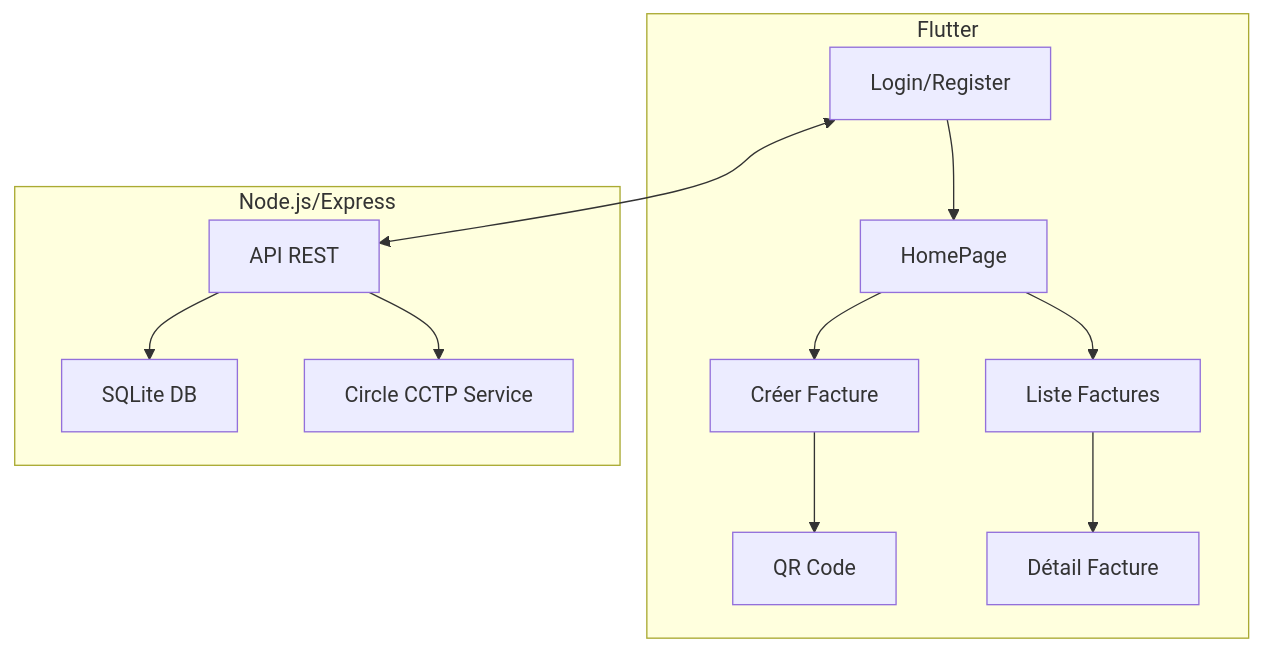
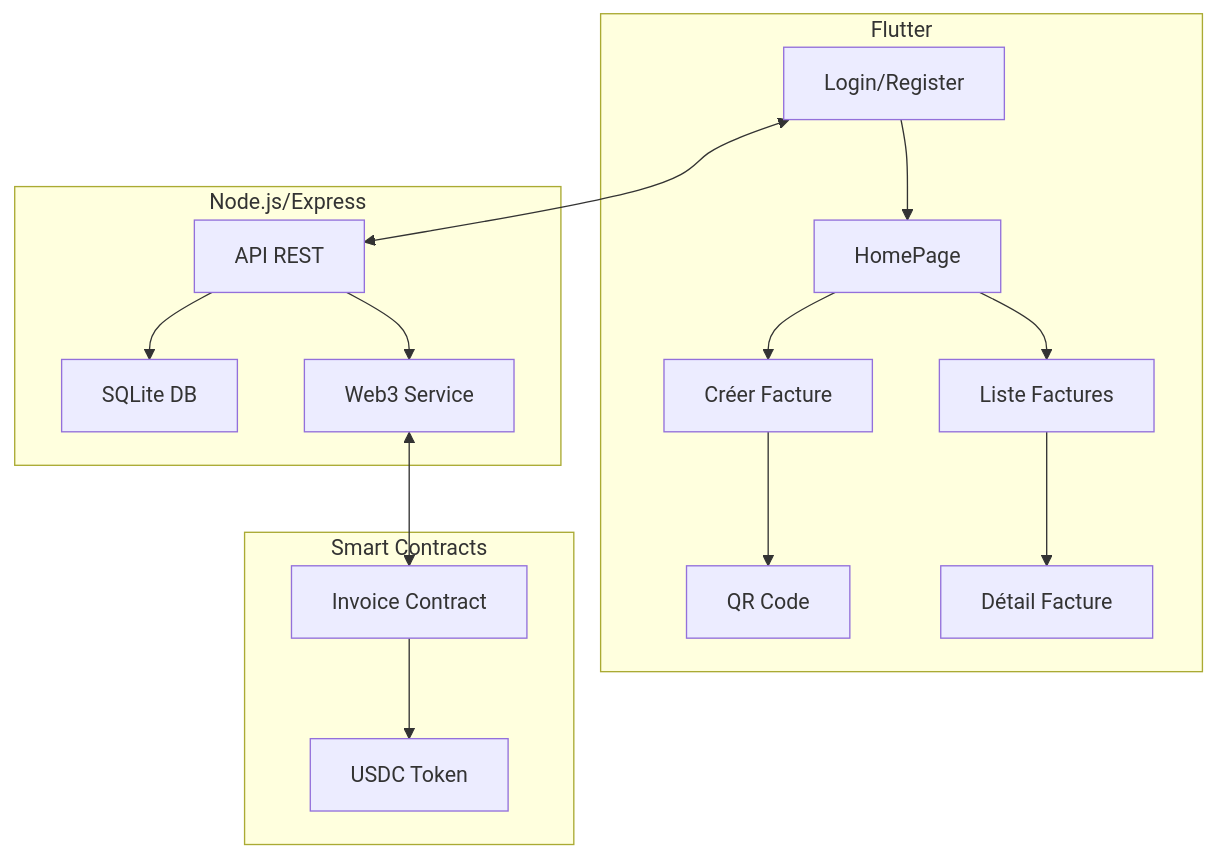
Before and after one commit to Nairod36/factureapp: the diagram in README.md, drawn with Mermaid. The commit also changed other lines of this file, not shown here.

````diff
--- a/README.md
+++ b/README.md
@@ -40,18 +88,24 @@
 ```mermaid
 flowchart TD
     subgraph Frontend[Flutter]
       A[Login/Register] --> B[HomePage]
       B --> C[Créer Facture]
       B --> D[Liste Factures]
       C --> E[QR Code]
       D --> F[Détail Facture]
     end
     subgraph Backend[Node.js/Express]
       G[API REST]
       H[SQLite DB]
-      I[Circle CCTP Service]
+      I[Web3 Service]
       G --> H
       G --> I
     end
+    subgraph Blockchain[Smart Contracts]
+      J[Invoice Contract]
+      K[USDC Token]
+      J --> K
+    end
     A <--> G
+    I <--> J
 ```
````
